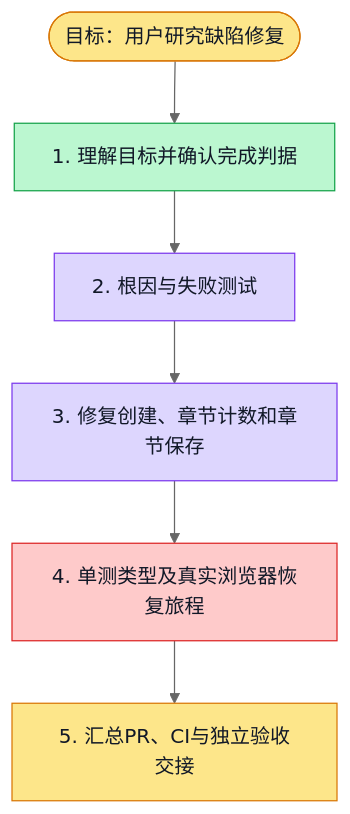
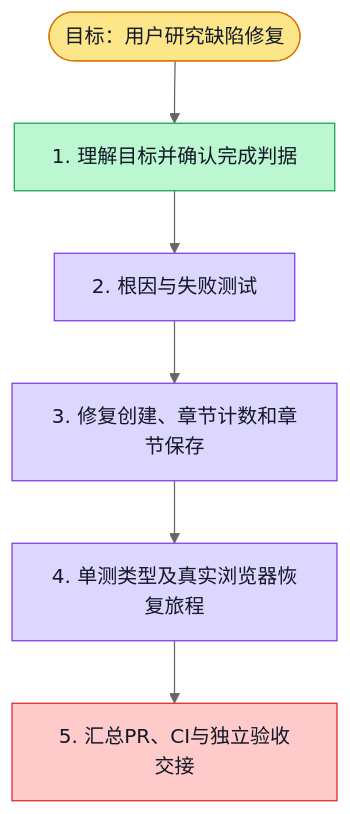
Before and after one commit to boardx/workspacex: the diagram in docs/verification/5056-research-fixes-plan.md, drawn with Mermaid (neutral theme). The commit also changed other lines of this file and 7 other files, not shown here.

Commit message:
test(research): align saved chapter transitions with retained evidence

````diff
--- a/docs/verification/5056-research-fixes-plan.md
+++ b/docs/verification/5056-research-fixes-plan.md
@@ -17,27 +17,28 @@
 ```mermaid
 flowchart TD
   G([目标：用户研究缺陷修复])
   S1[1. 理解目标并确认完成判据]
   S2[2. 根因与失败测试]
   S3[3. 修复创建、章节计数和章节保存]
   S4[4. 单测类型及真实浏览器恢复旅程]
   S5[5. 汇总PR、CI与独立验收交接]
 
   G --> S1 --> S2 --> S3 --> S4 --> S5
 
   classDef todo fill:#e5e7eb,stroke:#6b7280,color:#111827
   classDef doing fill:#fde68a,stroke:#d97706,color:#111827
   classDef done fill:#bbf7d0,stroke:#16a34a,color:#111827
   classDef tested fill:#ddd6fe,stroke:#7c3aed,color:#111827
   classDef blocked fill:#fecaca,stroke:#dc2626,color:#111827
 
   class G doing
   class S1 done
   class S2 tested
   %% evidence S2: 创建/计数修复前失败测试已运行，实际验收见 #5056
   class S3 tested
   %% evidence S3: docs/verification/5056-research-fixes-verification.md；研究 API195项、组件33项通过，6cfcea193独立ACCEPT
-  class S4 blocked
-  %% blocked S4: 本次IAB Word未落盘，PDF原生打印使CDP超时；工具禁止操作Codex原生窗口，导出未验完。
-  class S5 doing
+  class S4 tested
+  %% evidence S4: docs/evidence/research-5056-fixes/acceptance.md；真实provider计数及章节保留已验，导出已由人类移出验收范围。
+  class S5 blocked
+  %% blocked S5: 旧章节跳转断言已更新待新SHA CI；白板fullstack公共失败待#5094/#5096实际进入main后复验。
 ```
````
